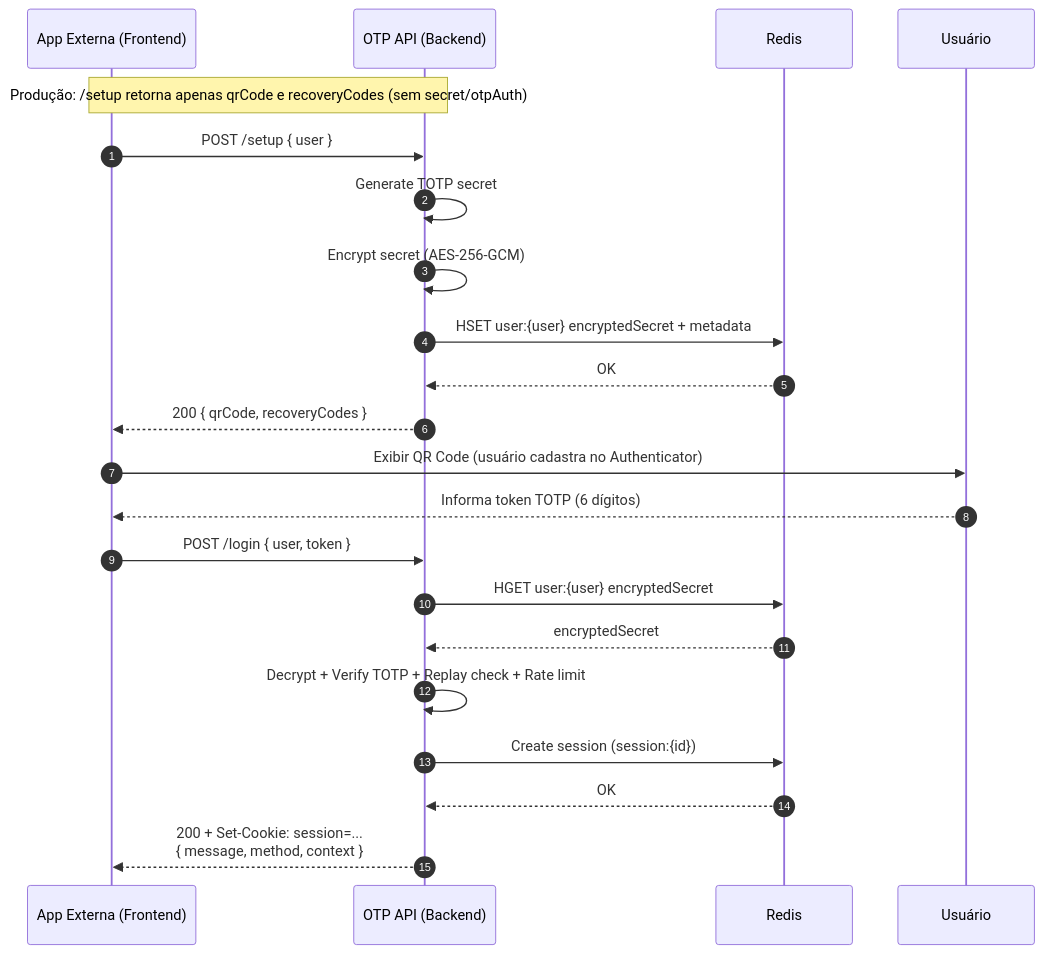
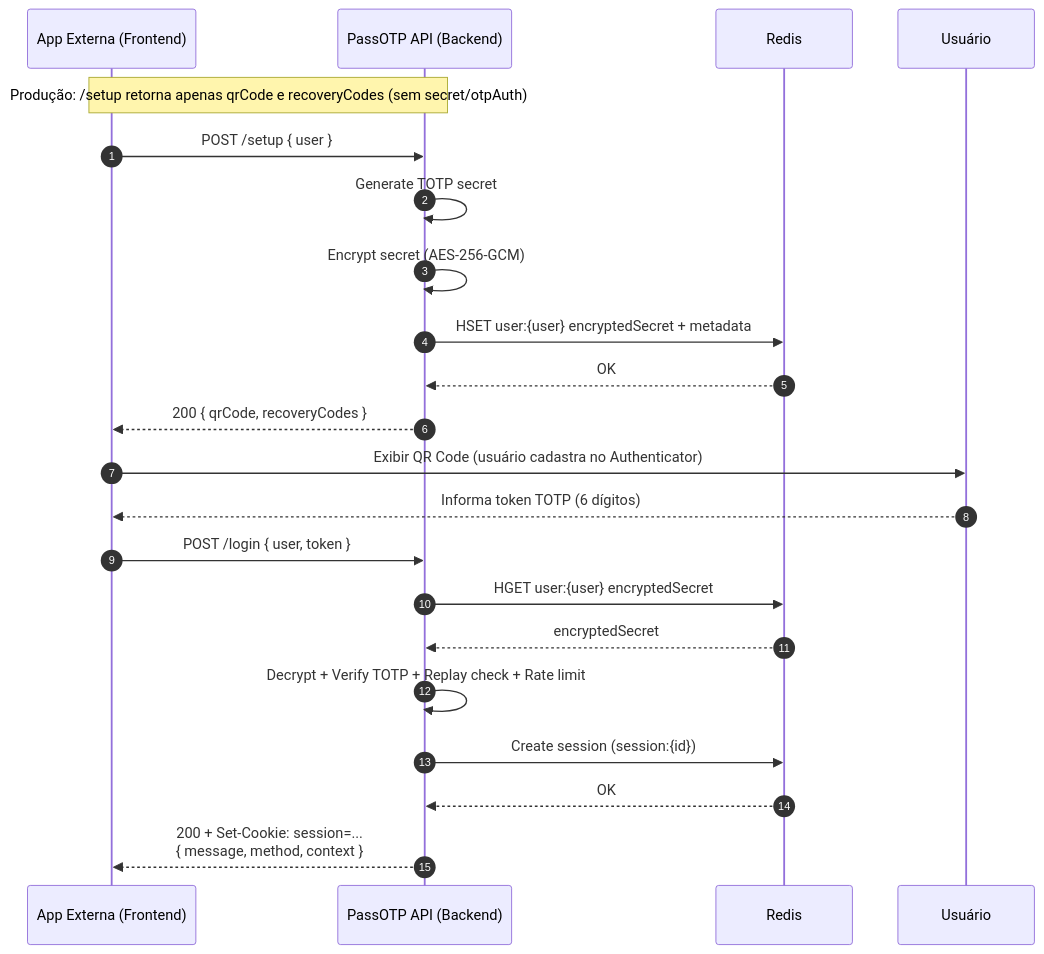
The first of 2 diagrams in README.md (tr0drigues/otp), drawn with Mermaid before and after one commit. The commit also changed other lines of this file and 7 other files, not shown here.

````diff
--- a/README.md
+++ b/README.md
@@ -163,28 +74,28 @@
 ```mermaid
 sequenceDiagram
   autonumber
   participant App as App Externa (Frontend)
-  participant API as OTP API (Backend)
+  participant API as PassOTP API (Backend)
   participant Redis as Redis
   participant User as Usuário
 
   Note over App,API: Produção: /setup retorna apenas qrCode e recoveryCodes (sem secret/otpAuth)
 
   App->>API: POST /setup { user }
   API->>API: Generate TOTP secret
   API->>API: Encrypt secret (AES-256-GCM)
   API->>Redis: HSET user:{user} encryptedSecret + metadata
   Redis-->>API: OK
   API-->>App: 200 { qrCode, recoveryCodes }
 
   App->>User: Exibir QR Code (usuário cadastra no Authenticator)
   User-->>App: Informa token TOTP (6 dígitos)
 
   App->>API: POST /login { user, token }
   API->>Redis: HGET user:{user} encryptedSecret
   Redis-->>API: encryptedSecret
   API->>API: Decrypt + Verify TOTP + Replay check + Rate limit
   API->>Redis: Create session (session:{id})
   Redis-->>API: OK
   API-->>App: 200 + Set-Cookie: session=...<br/>{ message, method, context }
 ```
````
